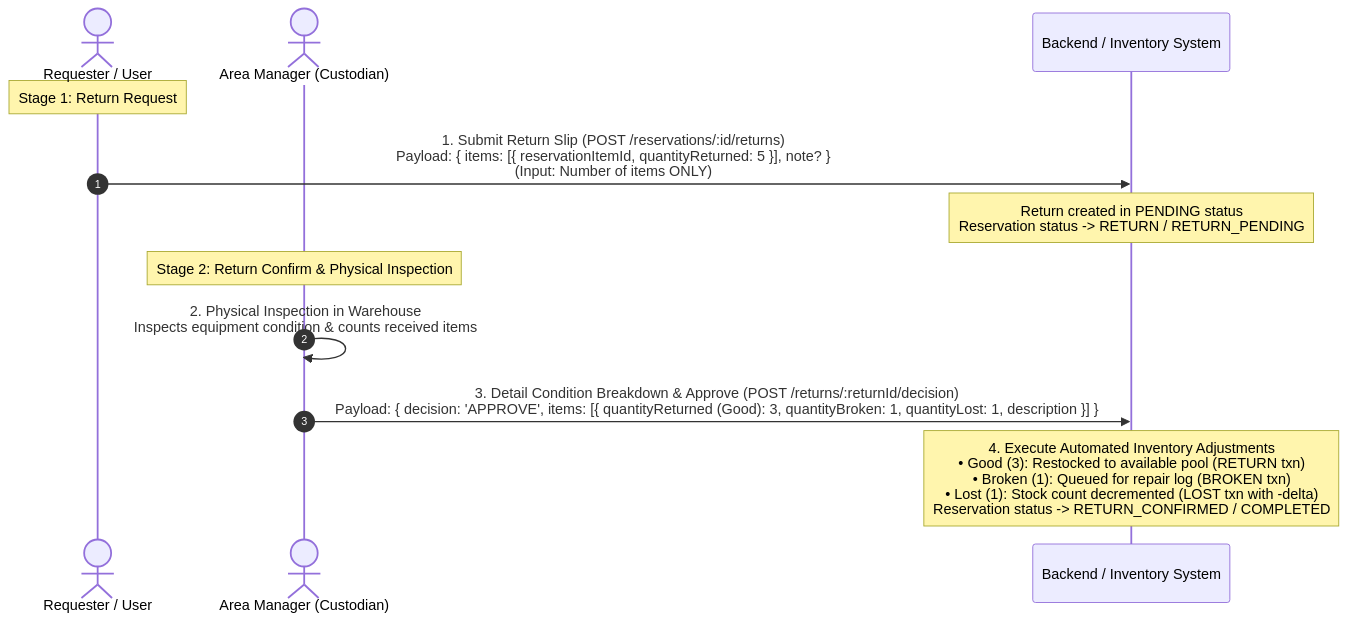
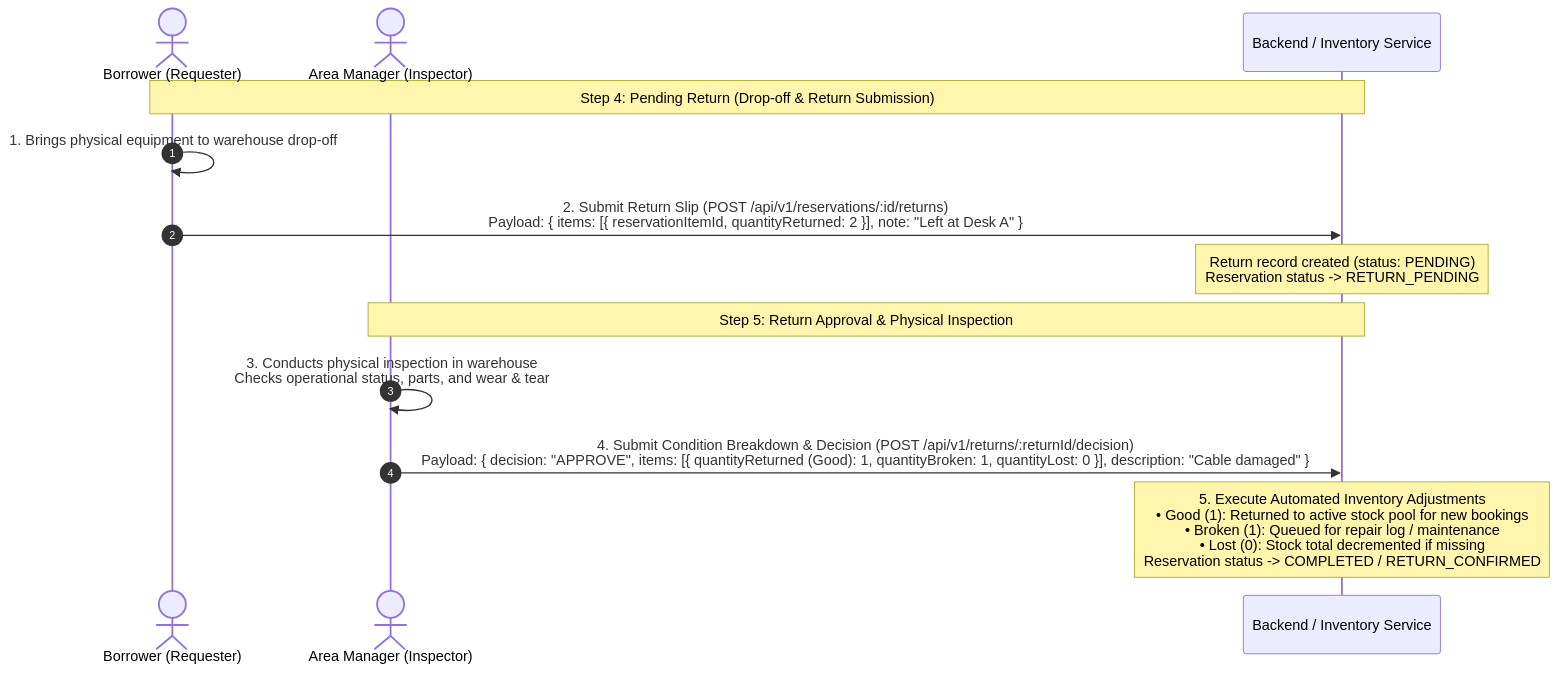
Before and after one commit to Faiisu/asset-reserve: the fourth of 4 diagrams in docs/asset_reservation_flow.md, drawn with Mermaid. The commit also changed other lines of this file and 17 other files, not shown here.

````diff
--- a/docs/asset_reservation_flow.md
+++ b/docs/asset_reservation_flow.md
@@ -182,18 +123,18 @@
 ```mermaid
 sequenceDiagram
     autonumber
-    actor User as Requester / User
-    actor Manager as Area Manager (Custodian)
-    participant System as Backend / Inventory System
+    actor Borrower as Borrower (Requester)
+    actor Manager as Area Manager (Inspector)
+    participant System as Backend / Inventory Service
 
-    Note over User: Stage 1: Return Request
-    User->>System: 1. Submit Return Slip (POST /reservations/:id/returns)<br/>Payload: { items: [{ reservationItemId, quantityReturned: 5 }], note? }<br/>(Input: Number of items ONLY)
-    Note over System: Return created in PENDING status<br/>Reservation status -> RETURN / RETURN_PENDING
-    
-    Note over Manager: Stage 2: Return Confirm & Physical Inspection
-    Manager->>Manager: 2. Physical Inspection in Warehouse<br/>Inspects equipment condition & counts received items
-    
-    Manager->>System: 3. Detail Condition Breakdown & Approve (POST /returns/:returnId/decision)<br/>Payload: { decision: 'APPROVE', items: [{ quantityReturned (Good): 3, quantityBroken: 1, quantityLost: 1, description }] }
+    Note over Borrower,System: Step 4: Pending Return (Drop-off & Return Submission)
+    Borrower->>Borrower: 1. Brings physical equipment to warehouse drop-off
+    Borrower->>System: 2. Submit Return Slip (POST /api/v1/reservations/:id/returns)<br/>Payload: { items: [{ reservationItemId, quantityReturned: 2 }], note: "Left at Desk A" }
+    Note over System: Return record created (status: PENDING)<br/>Reservation status -> RETURN_PENDING
 
-    Note over System: 4. Execute Automated Inventory Adjustments<br/>• Good (3): Restocked to available pool (RETURN txn)<br/>• Broken (1): Queued for repair log (BROKEN txn)<br/>• Lost (1): Stock count decremented (LOST txn with -delta)<br/>Reservation status -> RETURN_CONFIRMED / COMPLETED
+    Note over Manager,System: Step 5: Return Approval & Physical Inspection
+    Manager->>Manager: 3. Conducts physical inspection in warehouse<br/>Checks operational status, parts, and wear & tear
+    Manager->>System: 4. Submit Condition Breakdown & Decision (POST /api/v1/returns/:returnId/decision)<br/>Payload: { decision: "APPROVE", items: [{ quantityReturned (Good): 1, quantityBroken: 1, quantityLost: 0 }], description: "Cable damaged" }
+
+    Note over System: 5. Execute Automated Inventory Adjustments<br/>• Good (1): Returned to active stock pool for new bookings<br/>• Broken (1): Queued for repair log / maintenance<br/>• Lost (0): Stock total decremented if missing<br/>Reservation status -> COMPLETED / RETURN_CONFIRMED
 ```
````
